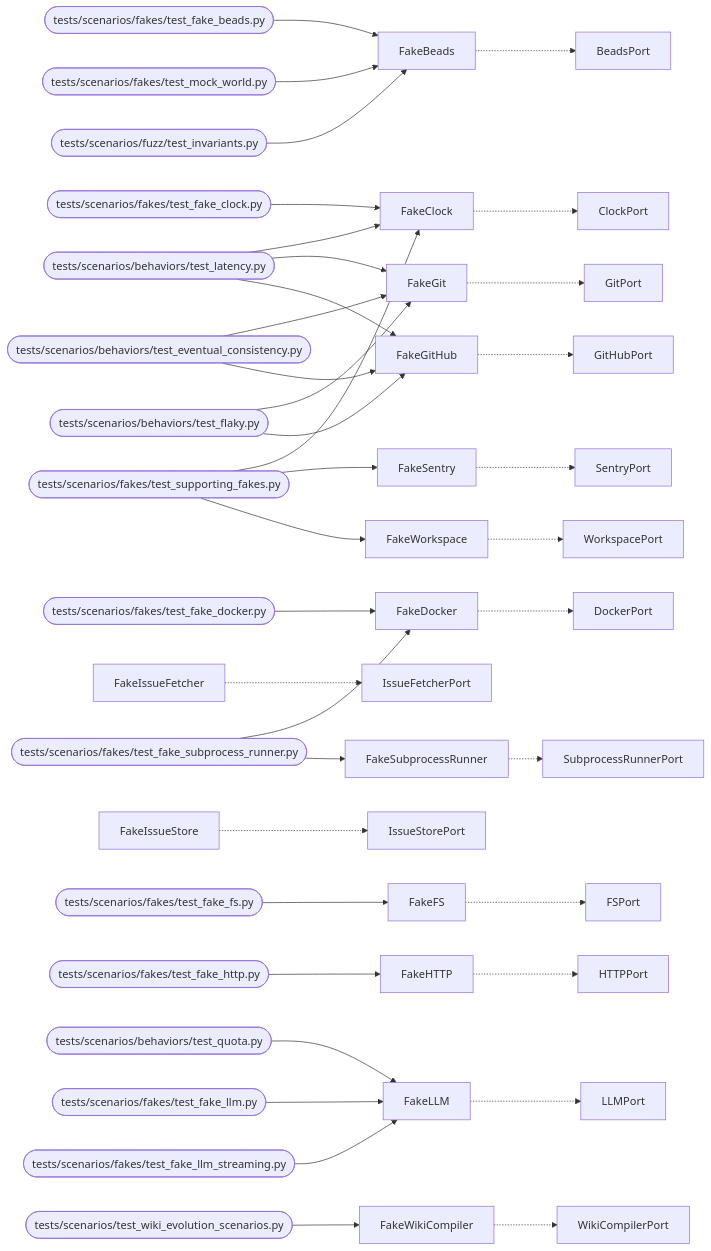
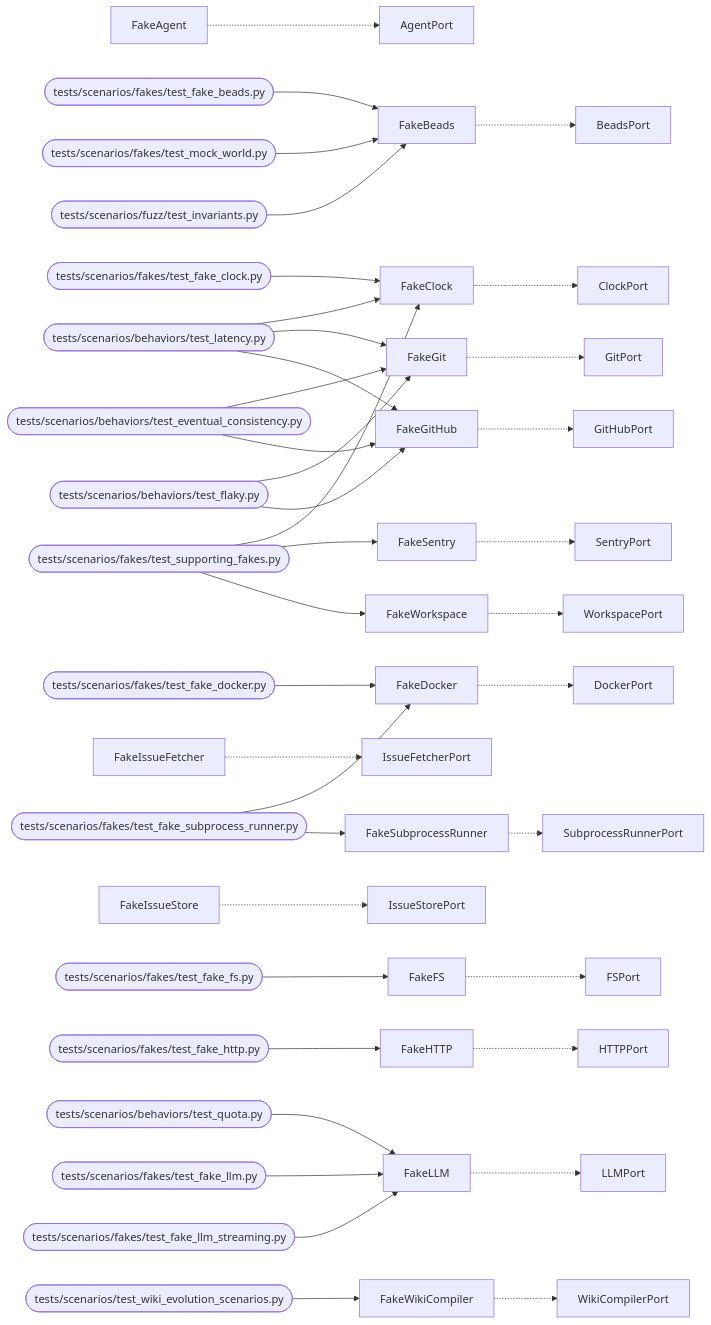
Before and after one commit to T-rav/hydraflow: the diagram in docs/arch/generated/mockworld.md, drawn with Mermaid. The commit also changed other lines of this file and 14 other files, not shown here.

First line of the commit message:
feat(mockworld): FakeAgent satisfies AgentPort Protocol (ADR-0047, closes advisor-ayw5)

````diff
--- a/docs/arch/generated/mockworld.md
+++ b/docs/arch/generated/mockworld.md
@@ -28,40 +29,41 @@
 ```mermaid
 graph LR
+    FakeAgent -.-> AgentPort
     FakeBeads -.-> BeadsPort
     tests_scenarios_fakes_test_fake_beads_py([tests/scenarios/fakes/test_fake_beads.py]) --> FakeBeads
     tests_scenarios_fakes_test_mock_world_py([tests/scenarios/fakes/test_mock_world.py]) --> FakeBeads
     tests_scenarios_fuzz_test_invariants_py([tests/scenarios/fuzz/test_invariants.py]) --> FakeBeads
     FakeClock -.-> ClockPort
     tests_scenarios_behaviors_test_latency_py([tests/scenarios/behaviors/test_latency.py]) --> FakeClock
     tests_scenarios_fakes_test_fake_clock_py([tests/scenarios/fakes/test_fake_clock.py]) --> FakeClock
     tests_scenarios_fakes_test_supporting_fakes_py([tests/scenarios/fakes/test_supporting_fakes.py]) --> FakeClock
     FakeDocker -.-> DockerPort
     tests_scenarios_fakes_test_fake_docker_py([tests/scenarios/fakes/test_fake_docker.py]) --> FakeDocker
     tests_scenarios_fakes_test_fake_subprocess_runner_py([tests/scenarios/fakes/test_fake_subprocess_runner.py]) --> FakeDocker
     FakeFS -.-> FSPort
     tests_scenarios_fakes_test_fake_fs_py([tests/scenarios/fakes/test_fake_fs.py]) --> FakeFS
     FakeGit -.-> GitPort
     tests_scenarios_behaviors_test_eventual_consistency_py([tests/scenarios/behaviors/test_eventual_consistency.py]) --> FakeGit
     tests_scenarios_behaviors_test_flaky_py([tests/scenarios/behaviors/test_flaky.py]) --> FakeGit
     tests_scenarios_behaviors_test_latency_py([tests/scenarios/behaviors/test_latency.py]) --> FakeGit
     FakeGitHub -.-> GitHubPort
     tests_scenarios_behaviors_test_eventual_consistency_py([tests/scenarios/behaviors/test_eventual_consistency.py]) --> FakeGitHub
     tests_scenarios_behaviors_test_flaky_py([tests/scenarios/behaviors/test_flaky.py]) --> FakeGitHub
     tests_scenarios_behaviors_test_latency_py([tests/scenarios/behaviors/test_latency.py]) --> FakeGitHub
     FakeHTTP -.-> HTTPPort
     tests_scenarios_fakes_test_fake_http_py([tests/scenarios/fakes/test_fake_http.py]) --> FakeHTTP
     FakeIssueFetcher -.-> IssueFetcherPort
     FakeIssueStore -.-> IssueStorePort
     FakeLLM -.-> LLMPort
     tests_scenarios_behaviors_test_quota_py([tests/scenarios/behaviors/test_quota.py]) --> FakeLLM
     tests_scenarios_fakes_test_fake_llm_py([tests/scenarios/fakes/test_fake_llm.py]) --> FakeLLM
     tests_scenarios_fakes_test_fake_llm_streaming_py([tests/scenarios/fakes/test_fake_llm_streaming.py]) --> FakeLLM
     FakeSentry -.-> SentryPort
     tests_scenarios_fakes_test_supporting_fakes_py([tests/scenarios/fakes/test_supporting_fakes.py]) --> FakeSentry
     FakeSubprocessRunner -.-> SubprocessRunnerPort
     tests_scenarios_fakes_test_fake_subprocess_runner_py([tests/scenarios/fakes/test_fake_subprocess_runner.py]) --> FakeSubprocessRunner
     FakeWikiCompiler -.-> WikiCompilerPort
     tests_scenarios_test_wiki_evolution_scenarios_py([tests/scenarios/test_wiki_evolution_scenarios.py]) --> FakeWikiCompiler
     FakeWorkspace -.-> WorkspacePort
     tests_scenarios_fakes_test_supporting_fakes_py([tests/scenarios/fakes/test_supporting_fakes.py]) --> FakeWorkspace
 ```
````
